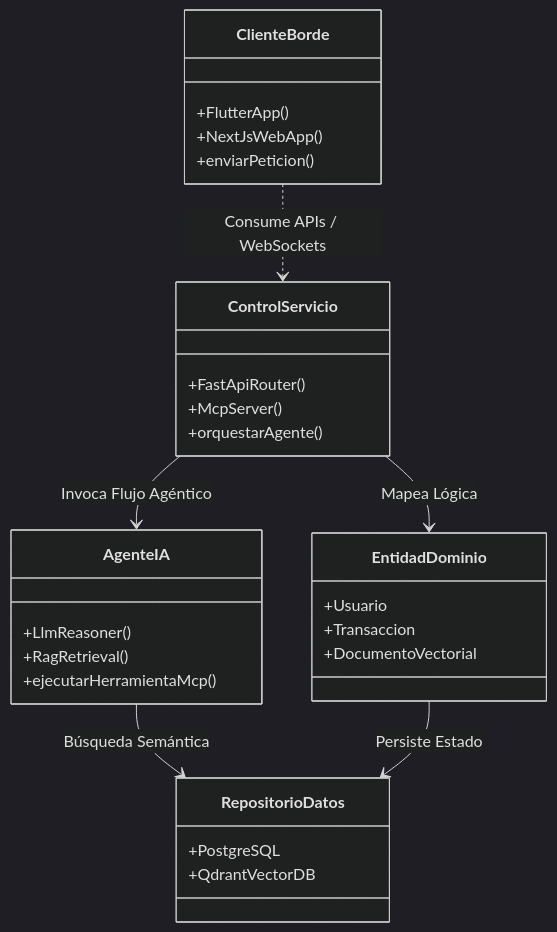
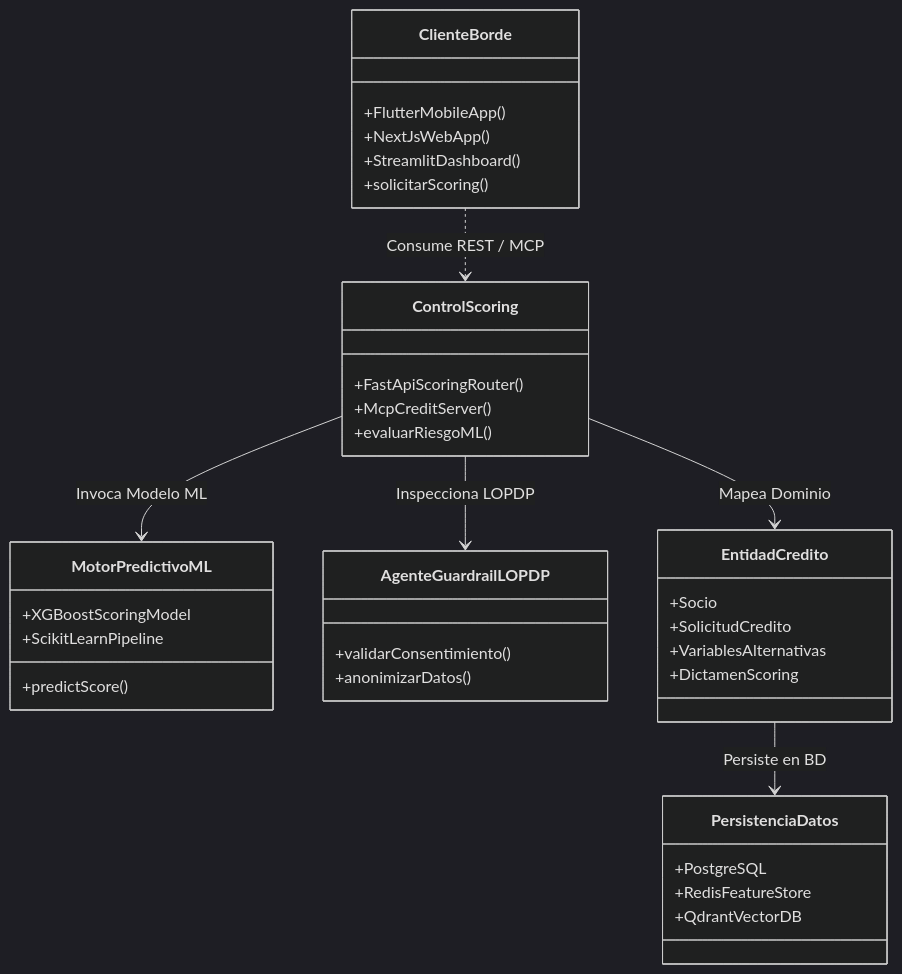
One commit to Antera-Labs/guidelines changed the first of 4 diagrams in docs/DAS.md. Above: the diagram before and after it, drawn with Mermaid (dark theme). The commit also changed other lines of this file, not shown here.

````diff
--- a/docs/DAS.md
+++ b/docs/DAS.md
@@ -103,33 +131,40 @@
 ```mermaid
 classDiagram
     class ClienteBorde {
-        +FlutterApp()
+        +FlutterMobileApp()
         +NextJsWebApp()
-        +enviarPeticion()
+        +StreamlitDashboard()
+        +solicitarScoring()
     }
-    class ControlServicio {
-        +FastApiRouter()
-        +McpServer()
-        +orquestarAgente()
+    class ControlScoring {
+        +FastApiScoringRouter()
+        +McpCreditServer()
+        +evaluarRiesgoML()
     }
-    class AgenteIA {
-        +LlmReasoner()
-        +RagRetrieval()
-        +ejecutarHerramientaMcp()
+    class MotorPredictivoML {
+        +XGBoostScoringModel
+        +ScikitLearnPipeline
+        +predictScore()
     }
-    class EntidadDominio {
-        +Usuario
-        +Transaccion
-        +DocumentoVectorial
+    class AgenteGuardrailLOPDP {
+        +validarConsentimiento()
+        +anonimizarDatos()
     }
-    class RepositorioDatos {
+    class EntidadCredito {
+        +Socio
+        +SolicitudCredito
+        +VariablesAlternativas
+        +DictamenScoring
+    }
+    class PersistenciaDatos {
         +PostgreSQL
+        +RedisFeatureStore
         +QdrantVectorDB
     }
 
-    ClienteBorde ..> ControlServicio : Consume APIs / WebSockets
-    ControlServicio --> AgenteIA : Invoca Flujo Agéntico
-    ControlServicio --> EntidadDominio : Mapea Lógica
-    AgenteIA --> RepositorioDatos : Búsqueda Semántica
-    EntidadDominio --> RepositorioDatos : Persiste Estado
+    ClienteBorde ..> ControlScoring : Consume REST / MCP
+    ControlScoring --> AgenteGuardrailLOPDP : Inspecciona LOPDP
+    ControlScoring --> MotorPredictivoML : Invoca Modelo ML
+    ControlScoring --> EntidadCredito : Mapea Dominio
+    EntidadCredito --> PersistenciaDatos : Persiste en BD
 ```
````
